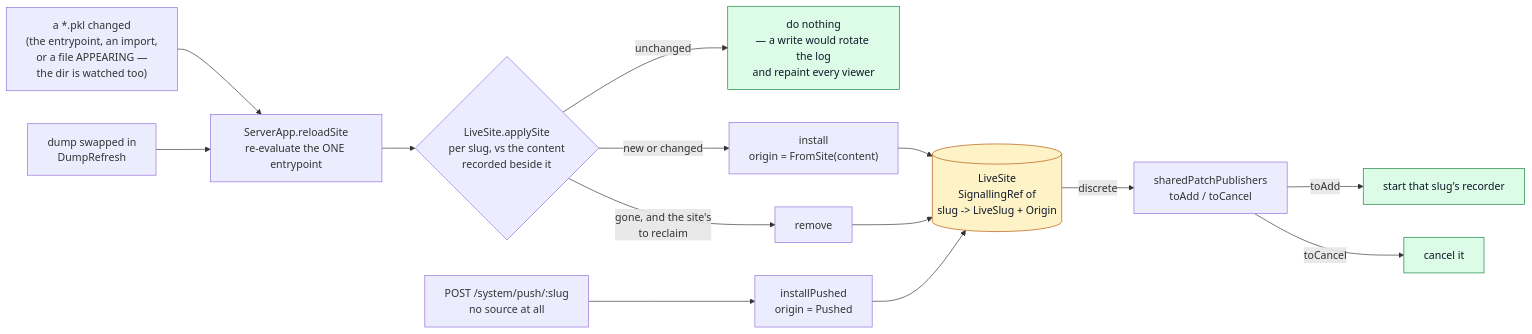
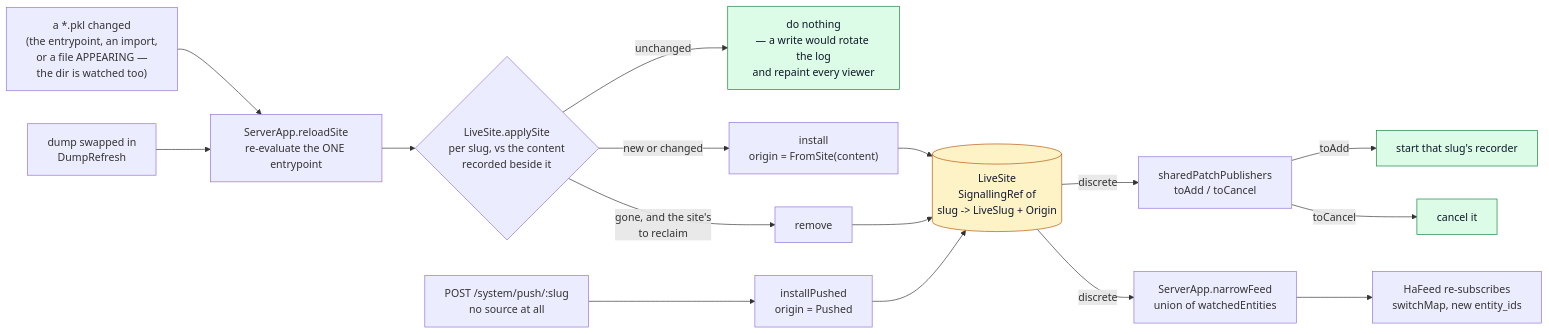
Before and after one commit to perok/functional-home-assistant: the second of 6 diagrams in docs/architecture-rendering-pipeline.md, drawn with Mermaid. The commit also changed other lines of this file and 28 other files, not shown here.

````diff
--- a/docs/architecture-rendering-pipeline.md
+++ b/docs/architecture-rendering-pipeline.md
@@ -159,21 +161,23 @@
 ```mermaid
 flowchart LR
   EDIT["a *.pkl changed<br/>(the entrypoint, an import,<br/>or a file APPEARING —<br/>the dir is watched too)"] --> RE
   DUMP["dump swapped in<br/>DumpRefresh"] --> RE
   RE["ServerApp.reloadSite<br/>re-evaluate the ONE entrypoint"] --> DIFF{"LiveSite.applySite<br/>per slug, vs the content<br/>recorded beside it"}
   DIFF -->|unchanged| NOOP["do nothing<br/>— a write would rotate the log<br/>and repaint every viewer"]
   DIFF -->|new or changed| INS["install<br/>origin = FromSite(content)"]
   DIFF -->|"gone, and the site's<br/>to reclaim"| RM["remove"]
   INS --> REG[("LiveSite<br/>SignallingRef of<br/>slug -> LiveSlug + Origin")]
   RM --> REG
   PUSH["POST /system/push/:slug<br/>no source at all"] --> PSH["installPushed<br/>origin = Pushed"]
   PSH --> REG
   REG -->|discrete| RECON["sharedPatchPublishers<br/>toAdd / toCancel"]
   RECON -->|toAdd| START["start that slug's recorder"]
   RECON -->|toCancel| STOP["cancel it"]
+  REG -->|discrete| NARROW["ServerApp.narrowFeed<br/>union of watchedEntities"]
+  NARROW --> RESUB["HaFeed re-subscribes<br/>switchMap, new entity_ids"]
 
   classDef ok fill:#dcfce7,stroke:#15803d,color:#0f172a
   classDef store fill:#fef3c7,stroke:#b45309,color:#0f172a
   class NOOP,START,STOP ok
   class REG store
 ```
````
